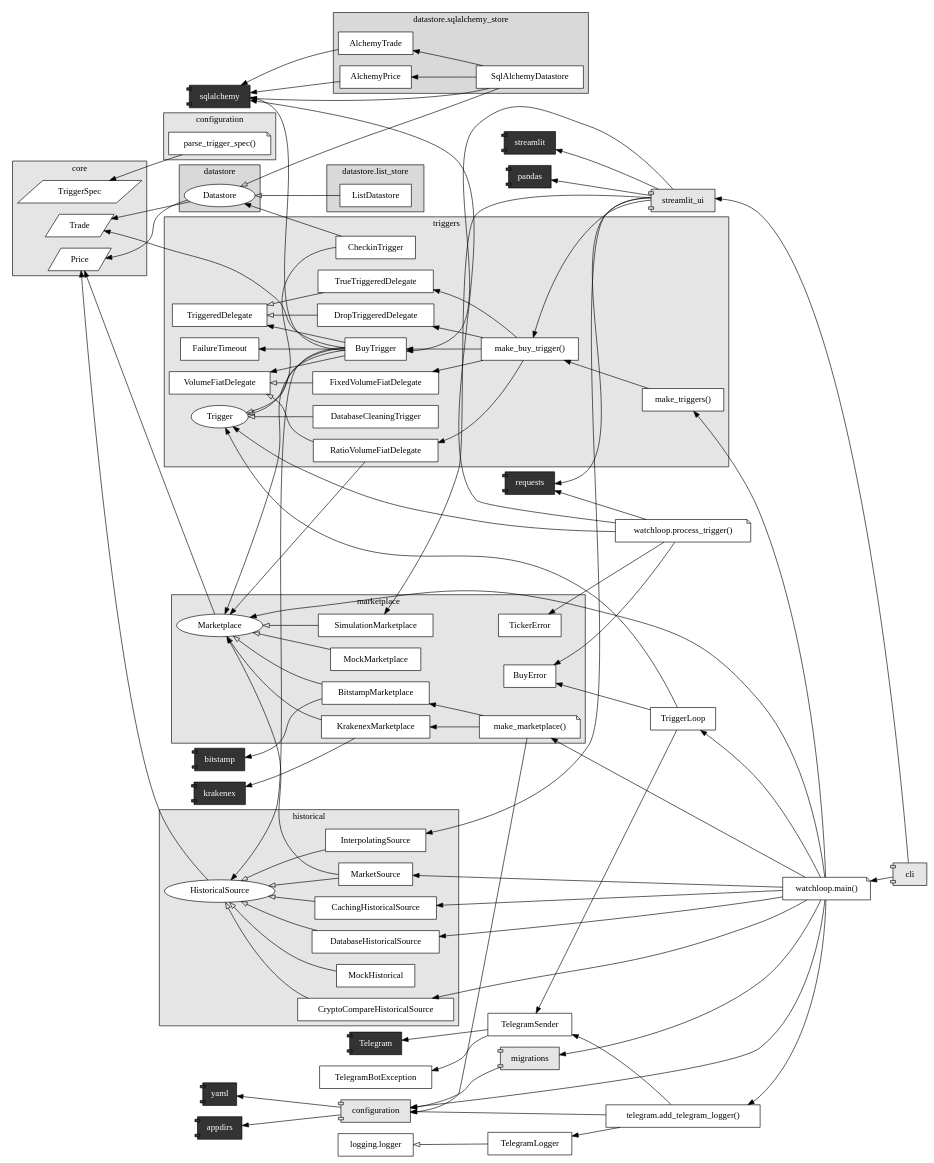
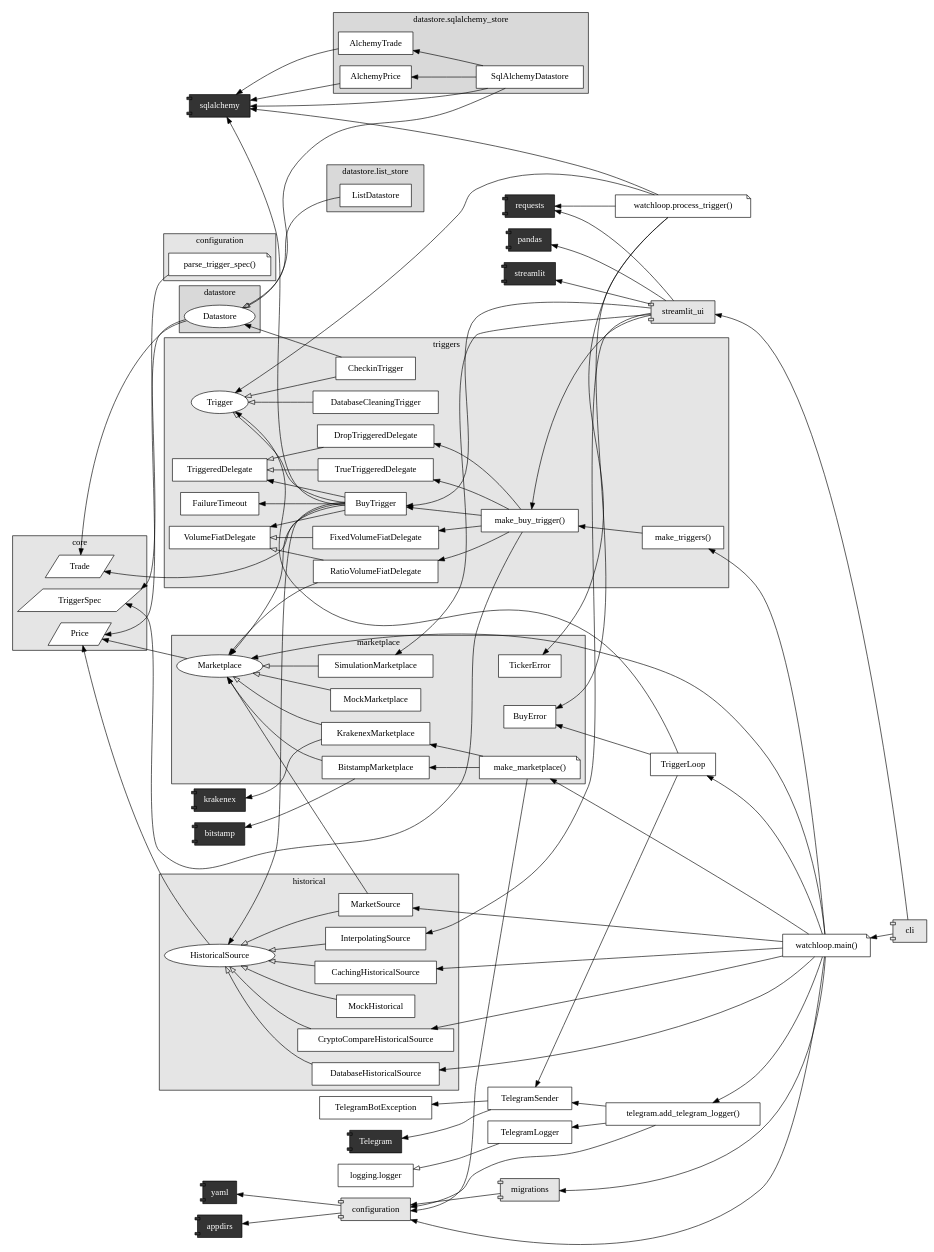
Before and after one commit to martin-ueding/vigilant-crypto-snatch: the diagram in docs/dev/graphs/architecture.dot, drawn with Graphviz.

Commit message:
Update graph

```diff
--- a/docs/dev/graphs/architecture.dot
+++ b/docs/dev/graphs/architecture.dot
@@ -178,6 +178,7 @@
 "KrakenexMarketplace" -> "krakenex"
 "KrakenexMarketplace" -> "Marketplace" [arrowhead=onormal]
 "ListDatastore" -> "Datastore" [arrowhead=onormal]
+"make_buy_trigger()" -> "TriggerSpec"
 "make_buy_trigger()" -> "BuyTrigger"
 "make_buy_trigger()" -> "DropTriggeredDelegate"
 "make_buy_trigger()" -> "FixedVolumeFiatDelegate"
```
